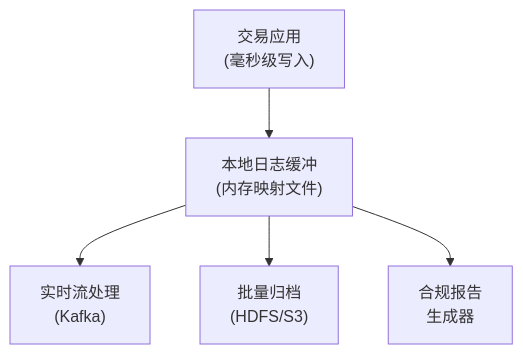
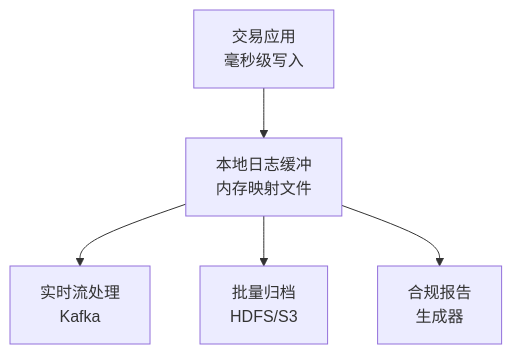
Before and after one commit to jpixy/jpixy.github.io: the diagram in content/articles/sre/sre-62-金融系统合规与审计.md, drawn with Mermaid. The commit also changed 66 other files, not shown here.

Commit message:
fix: resolve Mermaid syntax errors by removing parentheses in node labels

````diff
--- a/content/articles/sre/sre-62-金融系统合规与审计.md
+++ b/content/articles/sre/sre-62-金融系统合规与审计.md
@@ -79,13 +79,13 @@
 ```mermaid
 graph TB
-    A["交易应用<br/>(毫秒级写入)"]
-    B["本地日志缓冲<br/>(内存映射文件)"]
-    C["实时流处理<br/>(Kafka)"]
-    D["批量归档<br/>(HDFS/S3)"]
+    A["交易应用<br/>毫秒级写入"]
+    B["本地日志缓冲<br/>内存映射文件"]
+    C["实时流处理<br/>Kafka"]
+    D["批量归档<br/>HDFS/S3"]
     E["合规报告<br/>生成器"]
 
     A --> B
     B --> C
     B --> D
     B --> E
 ```
````
